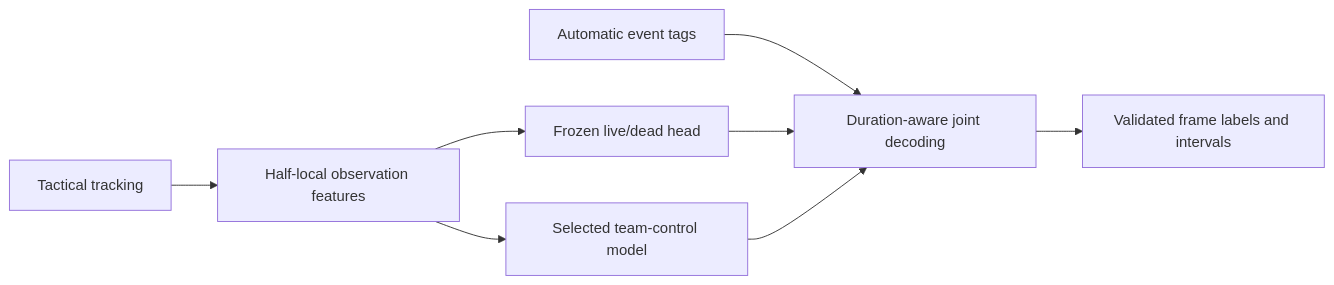
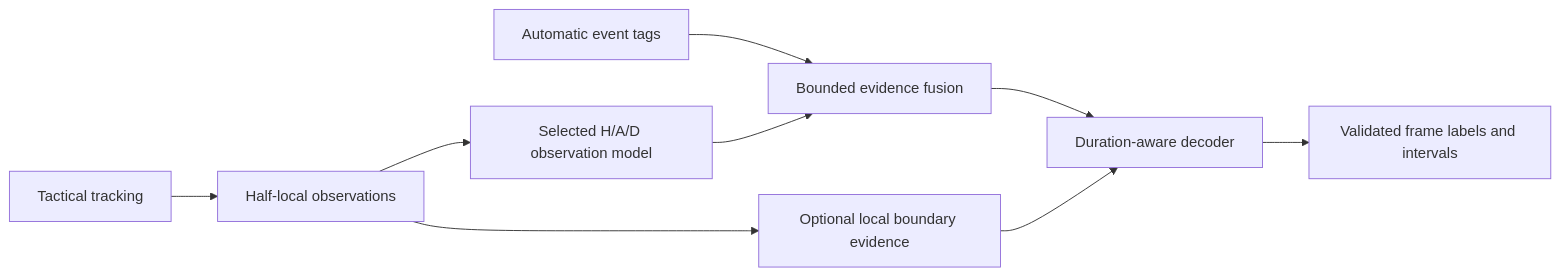
The diagram in README.md (sumyat7313/xtension-labs-possessionflow), drawn with Mermaid before and after one commit. The commit also changed other lines of this file and 38 other files, not shown here.

Commit message:
Release v1.5 joint possession and stoppage model with fresh-match audit

````diff
--- a/README.md
+++ b/README.md
@@ -93,10 +92,11 @@
 ```mermaid
 flowchart LR
-    A[Tactical tracking] --> C[Half-local observation features]
-    B[Automatic event tags] --> F[Duration-aware joint decoding]
-    C --> D[Frozen live/dead head]
-    C --> E[Selected team-control model]
-    D --> F
-    E --> F
-    F --> G[Validated frame labels and intervals]
+    A[Tactical tracking] --> B[Half-local observations]
+    B --> C[Selected H/A/D observation model]
+    D[Automatic event tags] --> E[Bounded evidence fusion]
+    C --> E
+    E --> F[Duration-aware decoder]
+    B --> G[Optional local boundary evidence]
+    G --> F
+    F --> H[Validated frame labels and intervals]
 ```
````
